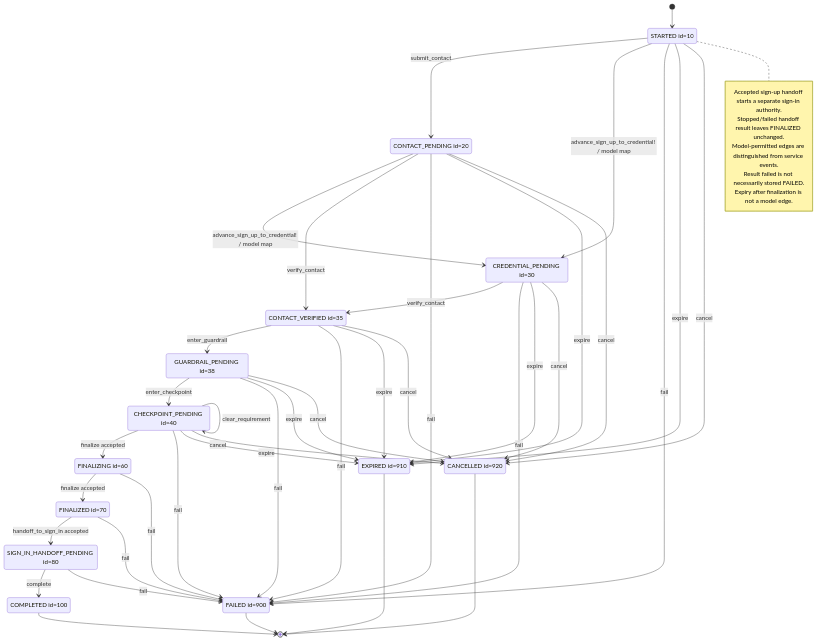
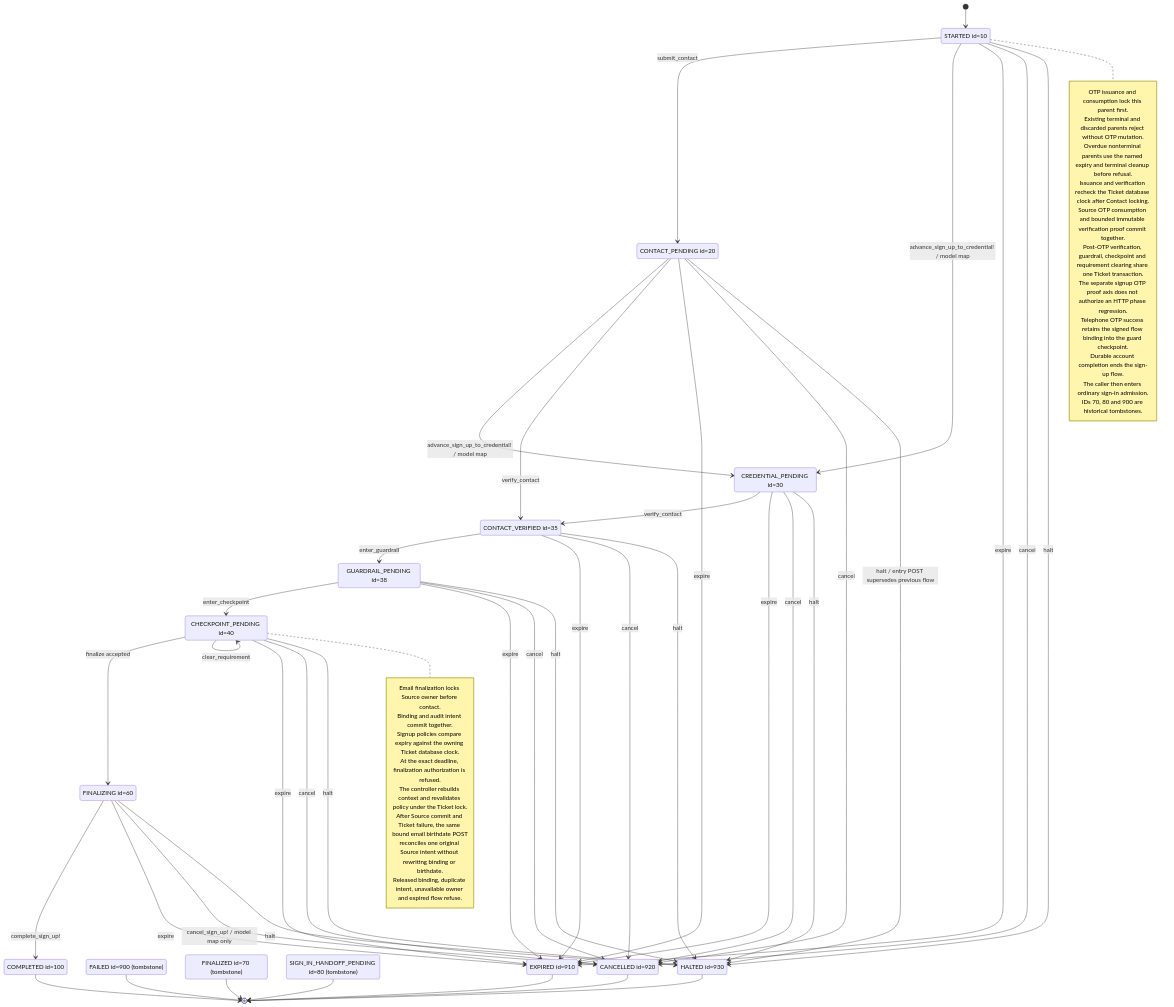
Before and after one commit to seahal/umaxica-apps-jit-global: the diagram in docs/mermaid/idp-visitor-sign-up.mmd, drawn with Mermaid. The commit also changed 750 other files, not shown here.

```diff
--- a/docs/mermaid/idp-visitor-sign-up.mmd
+++ b/docs/mermaid/idp-visitor-sign-up.mmd
@@ -1,60 +1,78 @@
 stateDiagram-v2
     %% CURRENT implementation; sources and guards in transition inventory.
     state "STARTED id=10" as STARTED
     state "CONTACT_PENDING id=20" as CONTACT_PENDING
     state "CREDENTIAL_PENDING id=30" as CREDENTIAL_PENDING
     state "CONTACT_VERIFIED id=35" as CONTACT_VERIFIED
     state "GUARDRAIL_PENDING id=38" as GUARDRAIL_PENDING
     state "CHECKPOINT_PENDING id=40" as CHECKPOINT_PENDING
     state "FINALIZING id=60" as FINALIZING
-    state "FINALIZED id=70" as FINALIZED
-    state "SIGN_IN_HANDOFF_PENDING id=80" as SIGN_IN_HANDOFF_PENDING
     state "COMPLETED id=100" as COMPLETED
-    state "FAILED id=900" as FAILED
+    state "FAILED id=900 (tombstone)" as FAILED
+    state "FINALIZED id=70 (tombstone)" as FINALIZED
+    state "SIGN_IN_HANDOFF_PENDING id=80 (tombstone)" as SIGN_IN_HANDOFF_PENDING
     state "EXPIRED id=910" as EXPIRED
     state "CANCELLED id=920" as CANCELLED
+    state "HALTED id=930" as HALTED
     [*] --> STARTED
     STARTED --> CONTACT_PENDING: submit_contact
     STARTED --> CREDENTIAL_PENDING: advance_sign_up_to_credential! / model map
-    STARTED --> FAILED: fail
     STARTED --> EXPIRED: expire
     STARTED --> CANCELLED: cancel
+    STARTED --> HALTED: halt
     CONTACT_PENDING --> CREDENTIAL_PENDING: advance_sign_up_to_credential! / model map
     CONTACT_PENDING --> CONTACT_VERIFIED: verify_contact
-    CONTACT_PENDING --> FAILED: fail
     CONTACT_PENDING --> EXPIRED: expire
     CONTACT_PENDING --> CANCELLED: cancel
+    CONTACT_PENDING --> HALTED: halt / entry POST supersedes previous flow
     CREDENTIAL_PENDING --> CONTACT_VERIFIED: verify_contact
-    CREDENTIAL_PENDING --> FAILED: fail
     CREDENTIAL_PENDING --> EXPIRED: expire
     CREDENTIAL_PENDING --> CANCELLED: cancel
+    CREDENTIAL_PENDING --> HALTED: halt
     CONTACT_VERIFIED --> GUARDRAIL_PENDING: enter_guardrail
-    CONTACT_VERIFIED --> FAILED: fail
     CONTACT_VERIFIED --> EXPIRED: expire
     CONTACT_VERIFIED --> CANCELLED: cancel
+    CONTACT_VERIFIED --> HALTED: halt
     GUARDRAIL_PENDING --> CHECKPOINT_PENDING: enter_checkpoint
-    GUARDRAIL_PENDING --> FAILED: fail
     GUARDRAIL_PENDING --> EXPIRED: expire
     GUARDRAIL_PENDING --> CANCELLED: cancel
+    GUARDRAIL_PENDING --> HALTED: halt
     CHECKPOINT_PENDING --> FINALIZING: finalize accepted
-    CHECKPOINT_PENDING --> FAILED: fail
     CHECKPOINT_PENDING --> EXPIRED: expire
     CHECKPOINT_PENDING --> CANCELLED: cancel
-    FINALIZING --> FINALIZED: finalize accepted
-    FINALIZING --> FAILED: fail
-    FINALIZED --> SIGN_IN_HANDOFF_PENDING: handoff_to_sign_in accepted
-    FINALIZED --> FAILED: fail
-    SIGN_IN_HANDOFF_PENDING --> COMPLETED: complete
-    SIGN_IN_HANDOFF_PENDING --> FAILED: fail
+    CHECKPOINT_PENDING --> HALTED: halt
+    FINALIZING --> COMPLETED: complete_sign_up!
+    FINALIZING --> EXPIRED: expire
+    FINALIZING --> CANCELLED: cancel_sign_up! / model map only
+    FINALIZING --> HALTED: halt
     CHECKPOINT_PENDING --> CHECKPOINT_PENDING: clear_requirement
+    note right of CHECKPOINT_PENDING
+        Email finalization locks Source owner before contact.
+        Binding and audit intent commit together.
+        Signup policies compare expiry against the owning Ticket database clock.
+        At the exact deadline, finalization authorization is refused.
+        The controller rebuilds context and revalidates policy under the Ticket lock.
+        After Source commit and Ticket failure, the same bound email birthdate POST
+        reconciles one original Source intent without rewriting binding or birthdate.
+        Released binding, duplicate intent, unavailable owner and expired flow refuse.
+    end note
     COMPLETED --> [*]
     FAILED --> [*]
+    FINALIZED --> [*]
+    SIGN_IN_HANDOFF_PENDING --> [*]
     EXPIRED --> [*]
     CANCELLED --> [*]
+    HALTED --> [*]
     note right of STARTED
-        Accepted sign-up handoff starts a separate sign-in authority.
-        Stopped/failed handoff result leaves FINALIZED unchanged.
-        Model-permitted edges are distinguished from service events.
-        Result failed is not necessarily stored FAILED.
-        Expiry after finalization is not a model edge.
+        OTP issuance and consumption lock this parent first.
+        Existing terminal and discarded parents reject without OTP mutation.
+        Overdue nonterminal parents use the named expiry and terminal cleanup before refusal.
+        Issuance and verification recheck the Ticket database clock after Contact locking.
+        Source OTP consumption and bounded immutable verification proof commit together.
+        Post-OTP verification, guardrail, checkpoint and requirement clearing share one Ticket transaction.
+        The separate signup OTP proof axis does not authorize an HTTP phase regression.
+        Telephone OTP success retains the signed flow binding into the guard checkpoint.
+        Durable account completion ends the sign-up flow.
+        The caller then enters ordinary sign-in admission.
+        IDs 70, 80 and 900 are historical tombstones.
     end note
```
